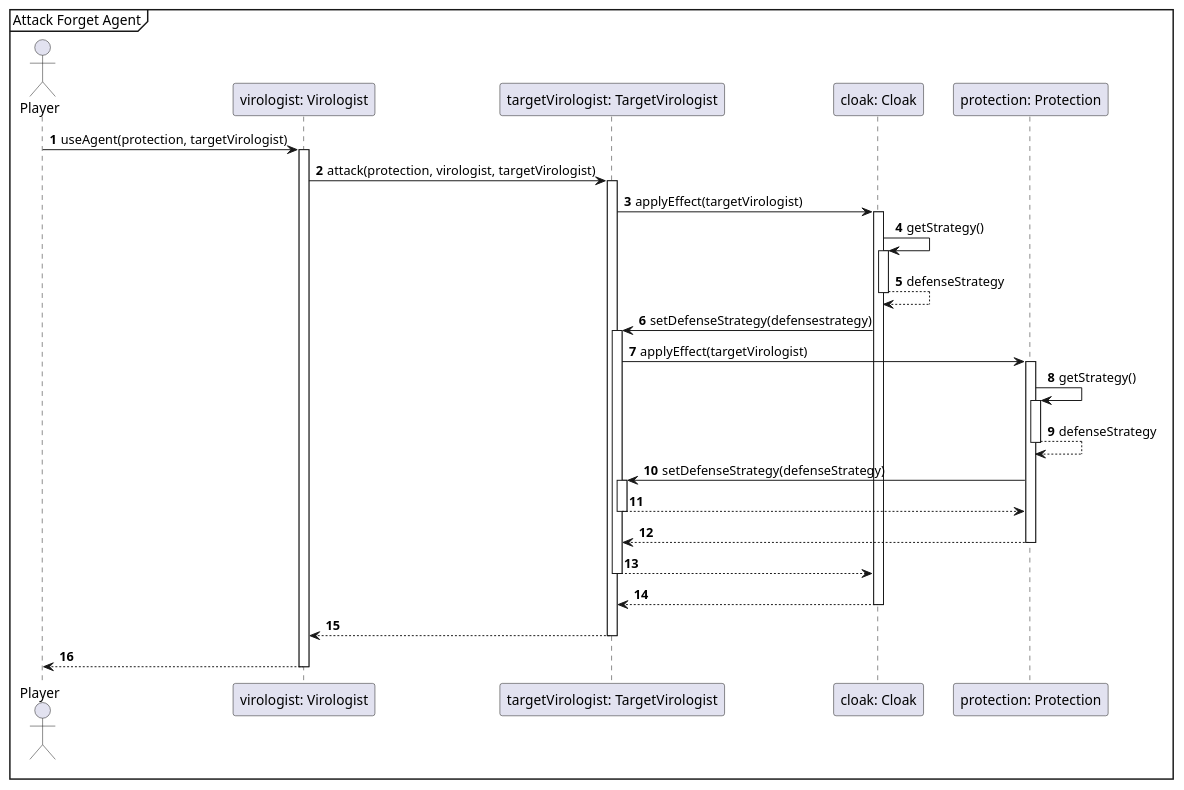
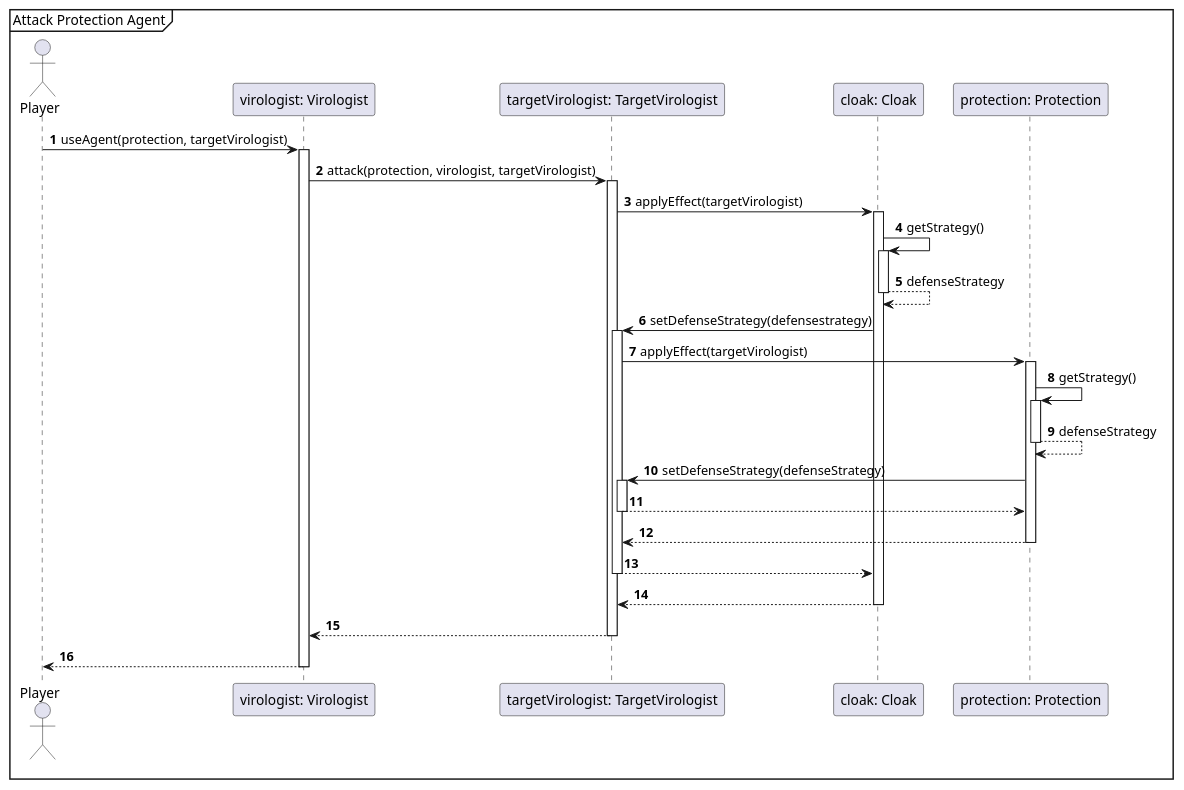
One commit to Projlab-csb/projlab-virologus changed the diagram in Exact Sequence-diagrams/AttackProtectionAgent.puml. Above: the diagram before and after it, drawn with PlantUML. The commit also changed 16 other files, not shown here.

```diff
--- a/Exact Sequence-diagrams/AttackProtectionAgent.puml
+++ b/Exact Sequence-diagrams/AttackProtectionAgent.puml
@@ -1,36 +1,36 @@
 @startuml
 'https://plantuml.com/sequence-diagram
 
 autonumber
 
-mainframe Attack Forget Agent
+mainframe Attack Protection Agent
 
 actor Player
 
 Player -> "virologist: Virologist"++: useAgent(protection, targetVirologist)
 "virologist: Virologist" -> "targetVirologist: TargetVirologist"++: attack(protection, virologist, targetVirologist)
 
 "targetVirologist: TargetVirologist" -> "cloak: Cloak" ++ : applyEffect(targetVirologist)
 
 "cloak: Cloak"  -> "cloak: Cloak" ++ : getStrategy()
 "cloak: Cloak"  --> "cloak: Cloak" -- : defenseStrategy
 
 "cloak: Cloak"  -> "targetVirologist: TargetVirologist"++: setDefenseStrategy(defensestrategy)
 
 "targetVirologist: TargetVirologist" -> "protection: Protection"++ : applyEffect(targetVirologist)
 
     "protection: Protection" -> "protection: Protection"++ : getStrategy()
     "protection: Protection" --> "protection: Protection"-- : defenseStrategy
 
     "protection: Protection" -> "targetVirologist: TargetVirologist"++: setDefenseStrategy(defenseStrategy)
     "targetVirologist: TargetVirologist" --> "protection: Protection"--
  "protection: Protection" --> "targetVirologist: TargetVirologist"--
 
 "targetVirologist: TargetVirologist" --> "cloak: Cloak"  --
 "cloak: Cloak" --> "targetVirologist: TargetVirologist" --
 
 
 "targetVirologist: TargetVirologist" --> "virologist: Virologist" --
 
 "virologist: Virologist" --> Player --
 @enduml
```
